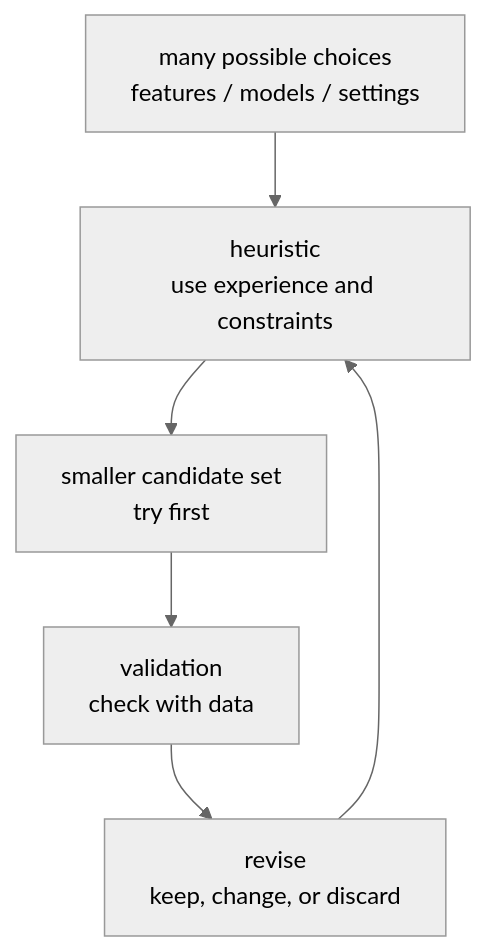
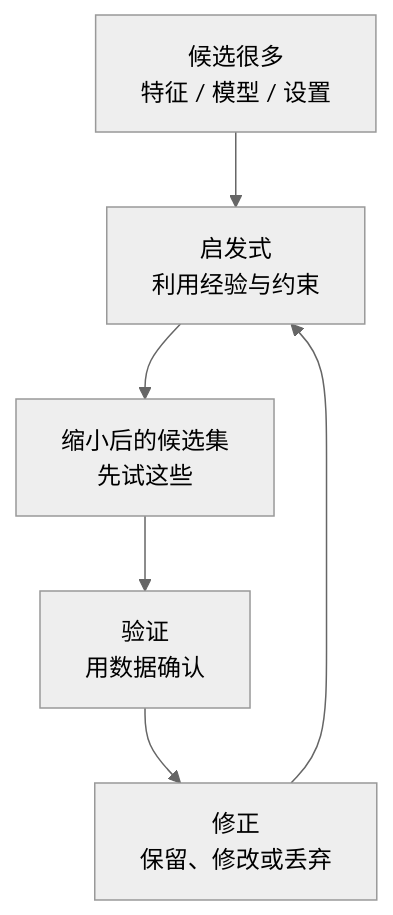
One commit to devchan64/AiBook changed the first of 2 diagrams in docs/zh/parts/part-04/chapter-03/section-01.md. Above: the diagram before and after it, drawn with Mermaid (neutral theme). The commit also changed other lines of this file and 11 other files, not shown here.

````diff
--- a/docs/zh/parts/part-04/chapter-03/section-01.md
+++ b/docs/zh/parts/part-04/chapter-03/section-01.md
@@ -51,14 +51,14 @@
 ```mermaid
 flowchart TB
-  A["many possible choices<br/>features / models / settings"]
-  B["heuristic<br/>use experience and constraints"]
-  C["smaller candidate set<br/>try first"]
-  D["validation<br/>check with data"]
-  E["revise<br/>keep, change, or discard"]
+  A["候选很多<br/>特征 / 模型 / 设置"]
+  B["启发式<br/>利用经验与约束"]
+  C["缩小后的候选集<br/>先试这些"]
+  D["验证<br/>用数据确认"]
+  E["修正<br/>保留、修改或丢弃"]
 
   A --> B
   B --> C
   C --> D
   D --> E
   E --> B
 ```
````
